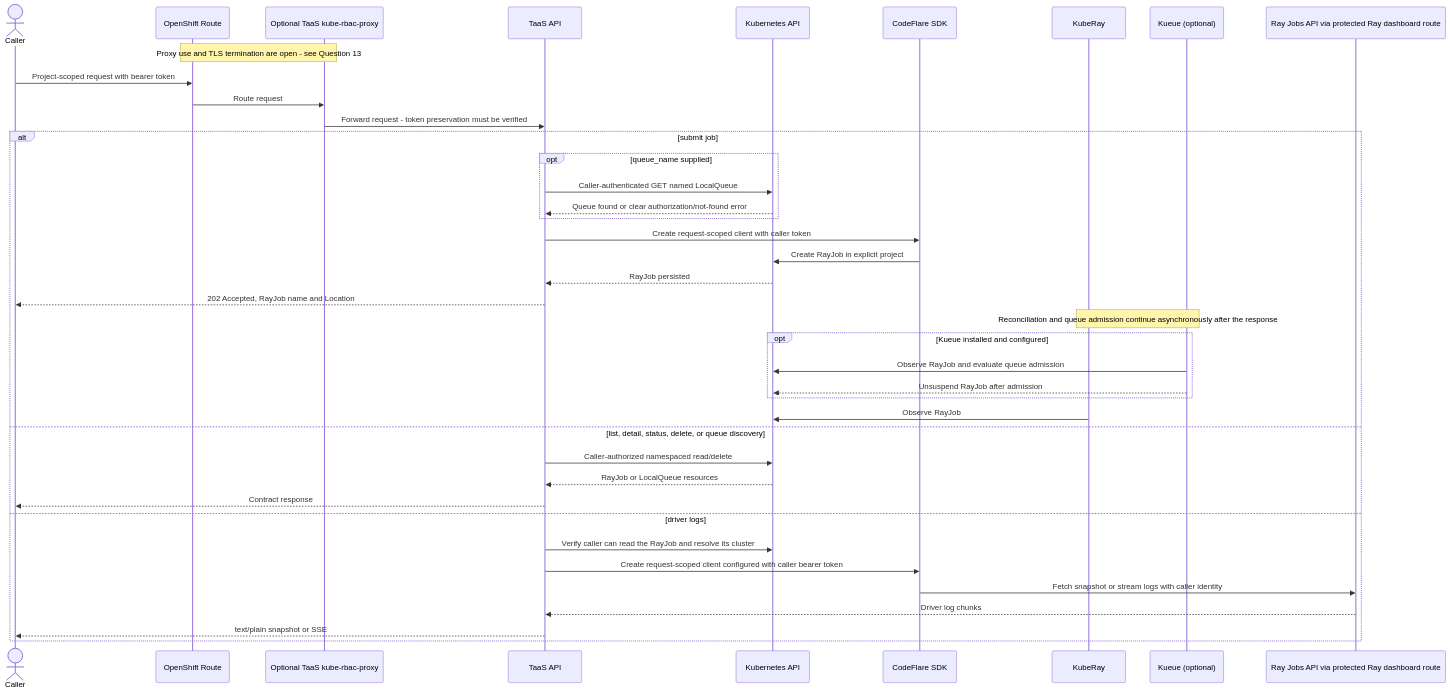
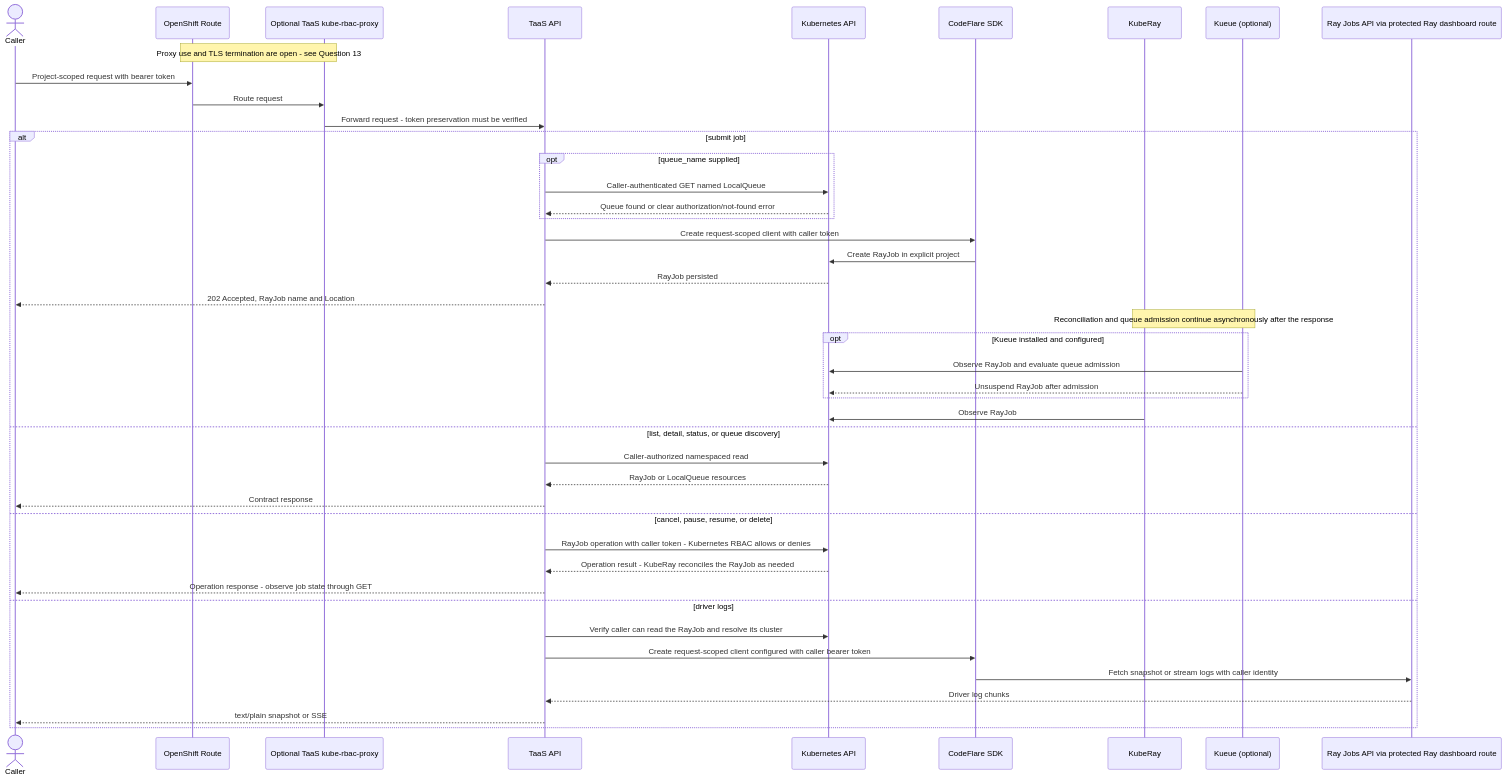
Before and after one commit to opendatahub-io/architecture-decision-records: the second of 2 diagrams in architecture-decision-records/distributed-workloads/ODH-ADR-TA-0002-taas-rhoai-technical-preview.md, drawn with Mermaid. The commit also changed other lines of this file, not shown here.

````diff
--- a/architecture-decision-records/distributed-workloads/ODH-ADR-TA-0002-taas-rhoai-technical-preview.md
+++ b/architecture-decision-records/distributed-workloads/ODH-ADR-TA-0002-taas-rhoai-technical-preview.md
@@ -164,42 +173,46 @@
 ```mermaid
 sequenceDiagram
     actor Caller
     participant Ingress as OpenShift Route
     participant Proxy as Optional TaaS kube-rbac-proxy
     participant API as TaaS API
     participant K8s as Kubernetes API
     participant CF as CodeFlare SDK
     participant KubeRay as KubeRay
     participant Kueue as Kueue (optional)
     participant RayHTTP as Ray Jobs API via protected Ray dashboard route
     Note over Ingress,Proxy: Proxy use and TLS termination are open - see Question 13
     Caller ->> Ingress: Project-scoped request with bearer token
     Ingress ->> Proxy: Route request;%% token forwarding is a release gate
     Proxy ->> API: Forward request - token preservation must be verified
     alt submit job
         opt queue_name supplied
             API ->> K8s: Caller-authenticated GET named LocalQueue
             K8s -->> API: Queue found or clear authorization/not-found error
         end
         API ->> CF: Create request-scoped client with caller token
         CF ->> K8s: Create RayJob in explicit project;%% apply requested queue label; default queueing may occur at admission
         K8s -->> API: RayJob persisted
         API -->> Caller: 202 Accepted, RayJob name and Location
         Note over Kueue, KubeRay: Reconciliation and queue admission continue asynchronously after the response
         opt Kueue installed and configured
             Kueue ->> K8s: Observe RayJob and evaluate queue admission
             Kueue -->> K8s: Unsuspend RayJob after admission
         end
         KubeRay ->> K8s: Observe RayJob;%% reconcile RayCluster and submitter resources as required by its state
-    else list, detail, status, delete, or queue discovery
-        API ->> K8s: Caller-authorized namespaced read/delete
+    else list, detail, status, or queue discovery
+        API ->> K8s: Caller-authorized namespaced read
         K8s -->> API: RayJob or LocalQueue resources
         API -->> Caller: Contract response
+    else cancel, pause, resume, or delete
+        API ->> K8s: RayJob operation with caller token - Kubernetes RBAC allows or denies
+        K8s -->> API: Operation result - KubeRay reconciles the RayJob as needed
+        API -->> Caller: Operation response - observe job state through GET
     else driver logs
         API ->> K8s: Verify caller can read the RayJob and resolve its cluster
         API ->> CF: Create request-scoped client configured with caller bearer token
         CF ->> RayHTTP: Fetch snapshot or stream logs with caller identity;%% token propagation and authorization are release gates
         RayHTTP -->> API: Driver log chunks
         API -->> Caller: text/plain snapshot or SSE
     end
 ```
````
